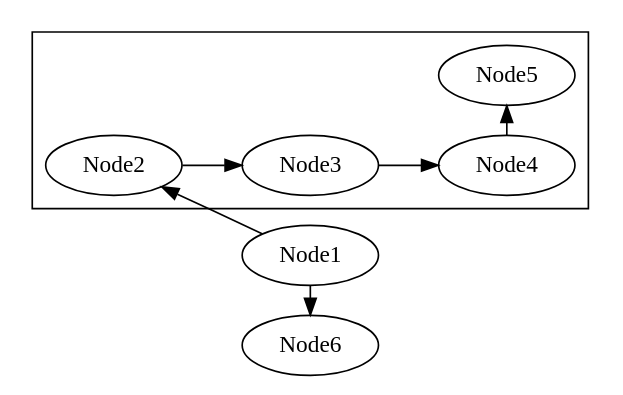
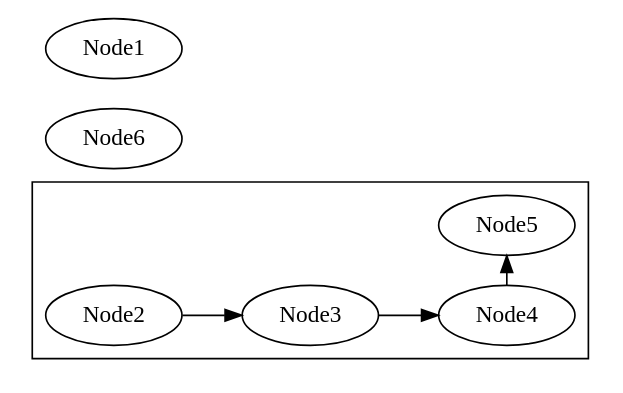
One commit to sisyphus1212/note changed the fifth of 5 diagrams in other/graphviz.md. Above: the diagram before and after it, drawn with Graphviz.

Commit message:
auto_update

````diff
--- a/other/graphviz.md
+++ b/other/graphviz.md
@@ -61,16 +61,15 @@
 ```graphviz
 digraph {
     rankdir=LR
     subgraph cluster_vertical_example{
         "Node2"-> "Node3";
         "Node3"-> "Node4";
         "Node4"->"Node5"
         {rank=same; "Node4"; "Node5";}
     }
     node[]"Node6";
     node[]"Node1";
     {rank=same; "Node1"; "Node6";}
-    Node2 -> Node1[dir=back]
-    Node1 -> Node6
+
 }
 ```
````
